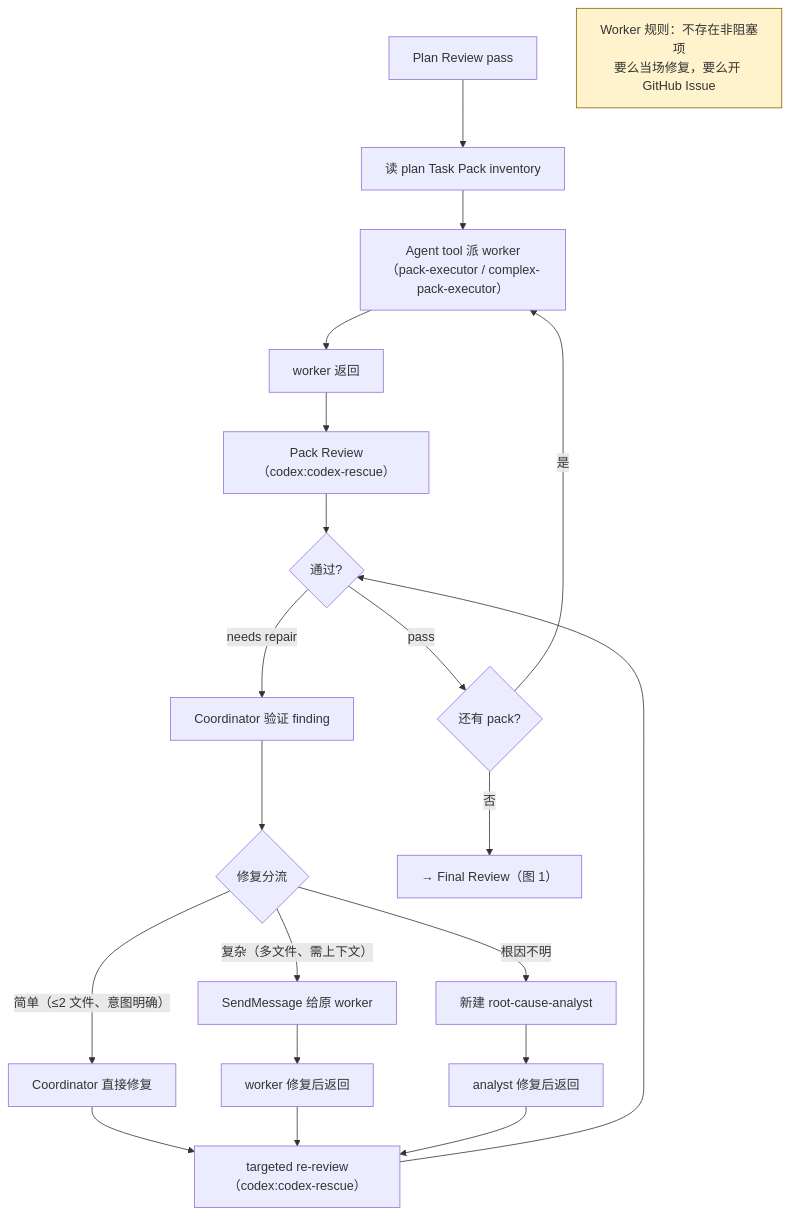
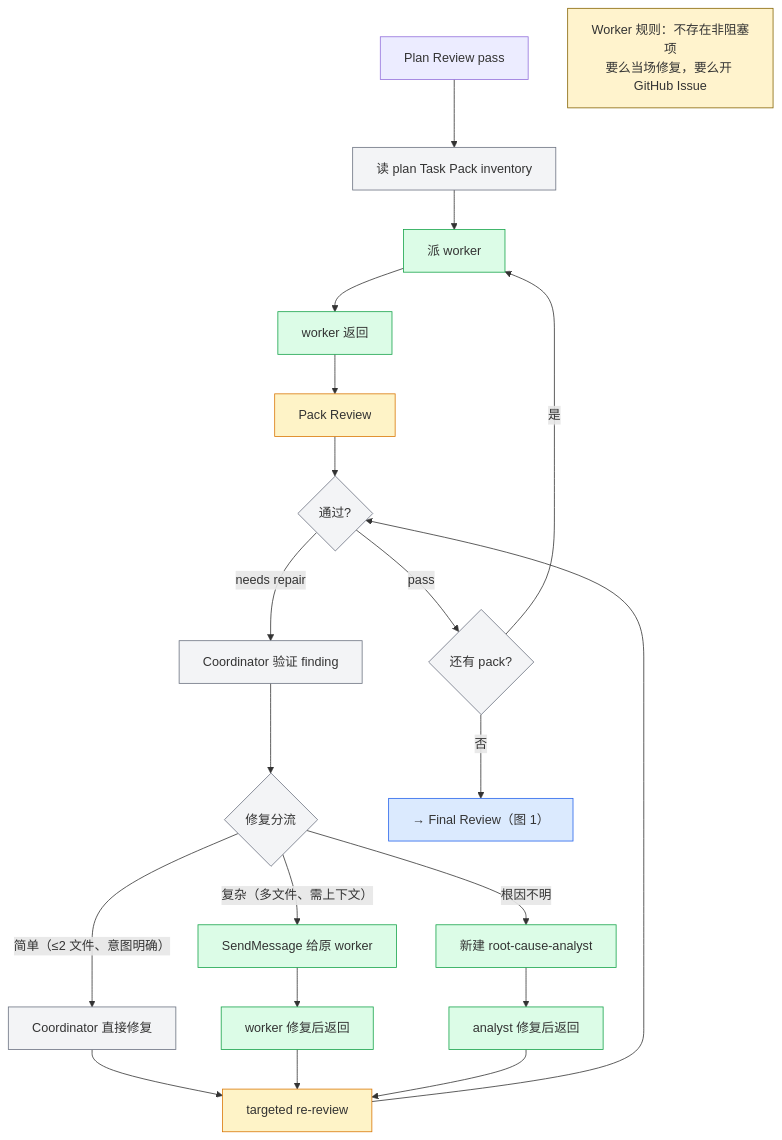
Before and after one commit to chancheuklap/multi-model-workflow: the second of 3 diagrams in plugin-v2/architecture-draft.md, drawn with Mermaid. The commit also changed other lines of this file, not shown here.

````diff
--- a/plugin-v2/architecture-draft.md
+++ b/plugin-v2/architecture-draft.md
@@ -50,25 +89,30 @@
 ```mermaid
 flowchart TD
-    A["Plan Review pass"] --> B["读 plan Task Pack inventory"]
-    B --> C["Agent tool 派 worker\n（pack-executor / complex-pack-executor）"]
-    C --> D["worker 返回"]
-    D --> E["Pack Review（codex:codex-rescue）"]
-    E --> F{"通过?"}
-    F -->|"needs repair"| V["Coordinator 验证 finding"]
-    V --> T{"修复分流"}
-    T -->|"简单（≤2 文件、意图明确）"| S["Coordinator 直接修复"]
-    T -->|"复杂（多文件、需上下文）"| R["SendMessage 给原 worker"]
-    T -->|"根因不明"| RCA["新建 root-cause-analyst"]
-    S --> RE["targeted re-review（codex:codex-rescue）"]
-    R --> D2["worker 修复后返回"]
+    classDef skill fill:#dbeafe,stroke:#2563eb
+    classDef agent fill:#dcfce7,stroke:#16a34a
+    classDef codex fill:#fef3c7,stroke:#d97706
+    classDef coord fill:#f3f4f6,stroke:#6b7280
+
+    A["Plan Review pass"] --> B["读 plan Task Pack inventory"]:::coord
+    B --> C["派 worker"]:::agent
+    C --> D["worker 返回"]:::agent
+    D --> E["Pack Review"]:::codex
+    E --> F{"通过?"}:::coord
+    F -->|"needs repair"| V["Coordinator 验证 finding"]:::coord
+    V --> T{"修复分流"}:::coord
+    T -->|"简单（≤2 文件、意图明确）"| S["Coordinator 直接修复"]:::coord
+    T -->|"复杂（多文件、需上下文）"| R["SendMessage 给原 worker"]:::agent
+    T -->|"根因不明"| RCA["新建 root-cause-analyst"]:::agent
+    S --> RE["targeted re-review"]:::codex
+    R --> D2["worker 修复后返回"]:::agent
     D2 --> RE
-    RCA --> D3["analyst 修复后返回"]
+    RCA --> D3["analyst 修复后返回"]:::agent
     D3 --> RE
     RE --> F
-    F -->|"pass"| J{"还有 pack?"}
+    F -->|"pass"| J{"还有 pack?"}:::coord
     J -->|"是"| C
-    J -->|"否"| K["→ Final Review（图 1）"]
+    J -->|"否"| K["→ Final Review（图 1）"]:::skill
 
     style RULE fill:#fff3cd,stroke:#856404
     RULE["Worker 规则：不存在非阻塞项\n要么当场修复，要么开 GitHub Issue"]
 ```
````
